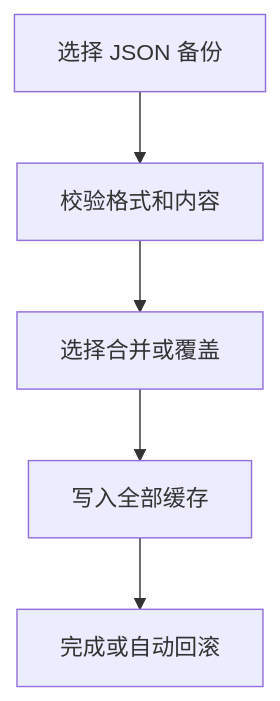
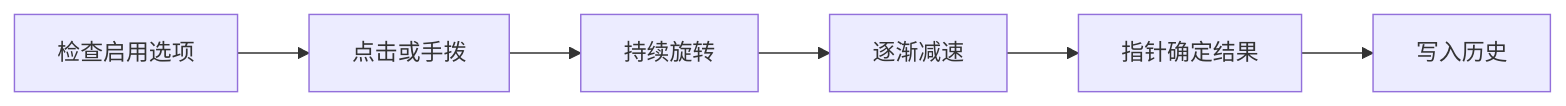
The fifth of 7 diagrams in docs/USER_GUIDE.md (shihg7/wechat_mini_program), drawn with Mermaid before and after one commit. The commit also changed other lines of this file and 207 other files, not shown here.

````diff
--- a/docs/USER_GUIDE.md
+++ b/docs/USER_GUIDE.md
@@ -665,12 +307,14 @@
 ```mermaid
-flowchart TD
-    A["选择 JSON 备份"]
-    B["校验格式和内容"]
-    C["选择合并或覆盖"]
-    D["写入全部缓存"]
-    E["完成或自动回滚"]
+flowchart LR
+    A["检查启用选项"]
+    B["点击或手拨"]
+    C["持续旋转"]
+    D["逐渐减速"]
+    E["指针确定结果"]
+    F["写入历史"]
     A --> B
     B --> C
     C --> D
     D --> E
+    E --> F
 ```
````
